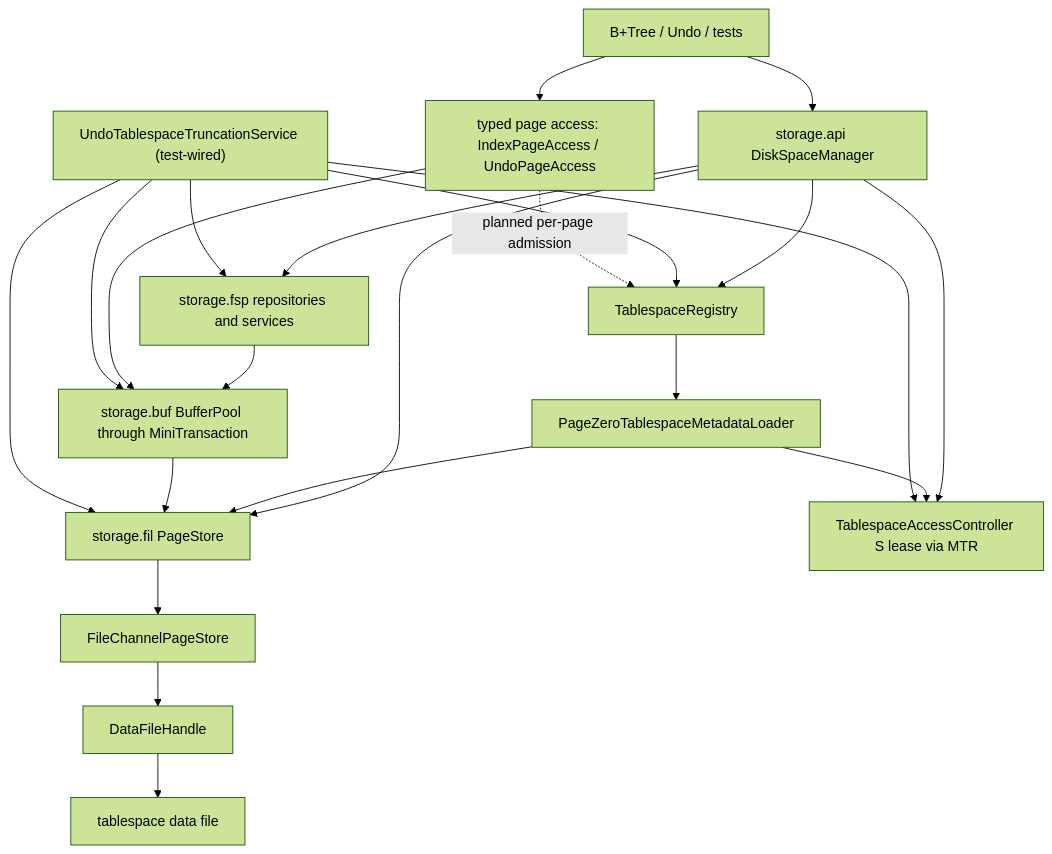
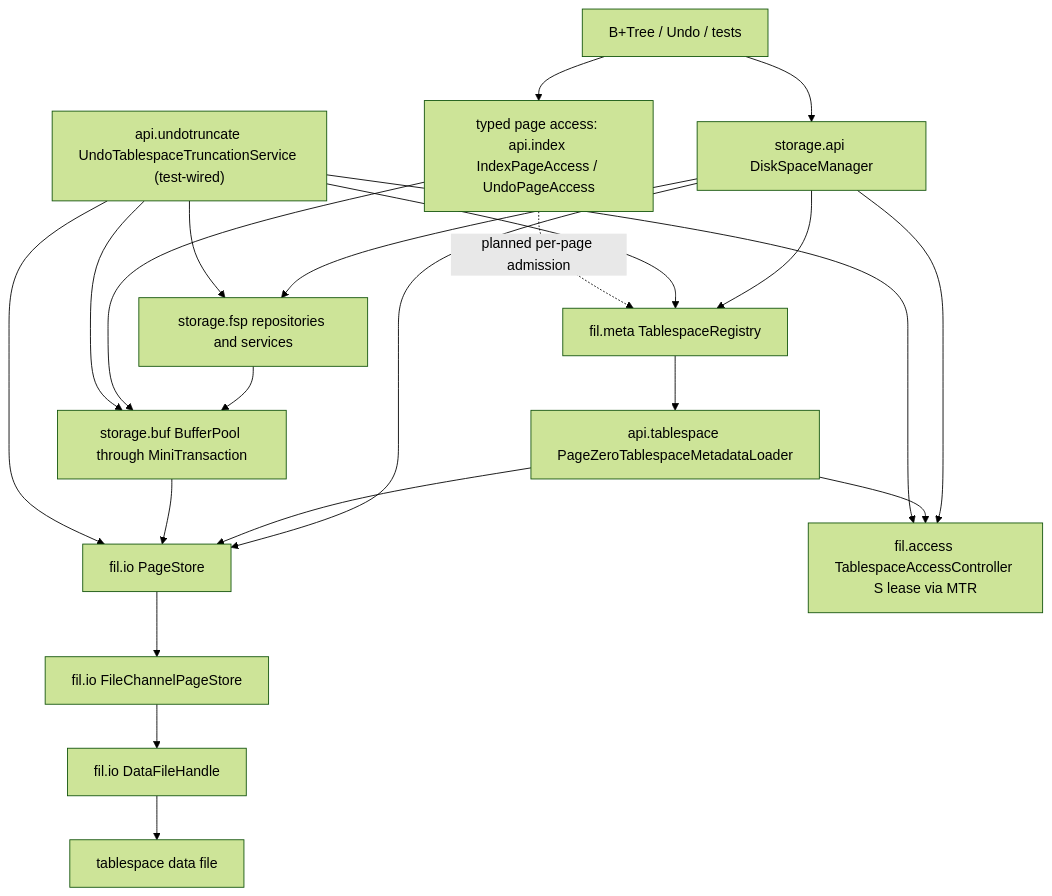
Before and after one commit to mywnlb/dbtest: the first of 9 diagrams in docs/design/current-implementation-map.md, drawn with Mermaid (forest theme). The commit also changed other lines of this file and 371 other files, not shown here.

````diff
--- a/docs/design/current-implementation-map.md
+++ b/docs/design/current-implementation-map.md
@@ -17,27 +17,27 @@
 ```mermaid
 flowchart TD
   Upper["B+Tree / Undo / tests"] --> DSM["storage.api DiskSpaceManager"]
-  Upper --> PageAccess["typed page access: IndexPageAccess / UndoPageAccess"]
+  Upper --> PageAccess["typed page access: api.index IndexPageAccess / UndoPageAccess"]
 
   DSM --> FSP["storage.fsp repositories and services"]
-  DSM --> Store["storage.fil PageStore"]
-  DSM --> Registry["TablespaceRegistry"]
-  DSM --> Access["TablespaceAccessController S lease via MTR"]
-  Registry --> Loader["PageZeroTablespaceMetadataLoader"]
+  DSM --> Store["fil.io PageStore"]
+  DSM --> Registry["fil.meta TablespaceRegistry"]
+  DSM --> Access["fil.access TablespaceAccessController S lease via MTR"]
+  Registry --> Loader["api.tablespace PageZeroTablespaceMetadataLoader"]
   Loader --> Access
   Loader --> Store
   FSP --> BP["storage.buf BufferPool through MiniTransaction"]
   PageAccess --> BP
   BP --> Store
-  Store --> ChannelStore["FileChannelPageStore"]
-  ChannelStore --> Handle["DataFileHandle"]
+  Store --> ChannelStore["fil.io FileChannelPageStore"]
+  ChannelStore --> Handle["fil.io DataFileHandle"]
   Handle --> DataFile["tablespace data file"]
 
-  Truncate["UndoTablespaceTruncationService (test-wired)"] --> Access
+  Truncate["api.undotruncate UndoTablespaceTruncationService (test-wired)"] --> Access
   Truncate --> Registry
   Truncate --> FSP
   Truncate --> BP
   Truncate --> Store
 
   PageAccess -. "planned per-page admission" .-> Registry
 ```
````
